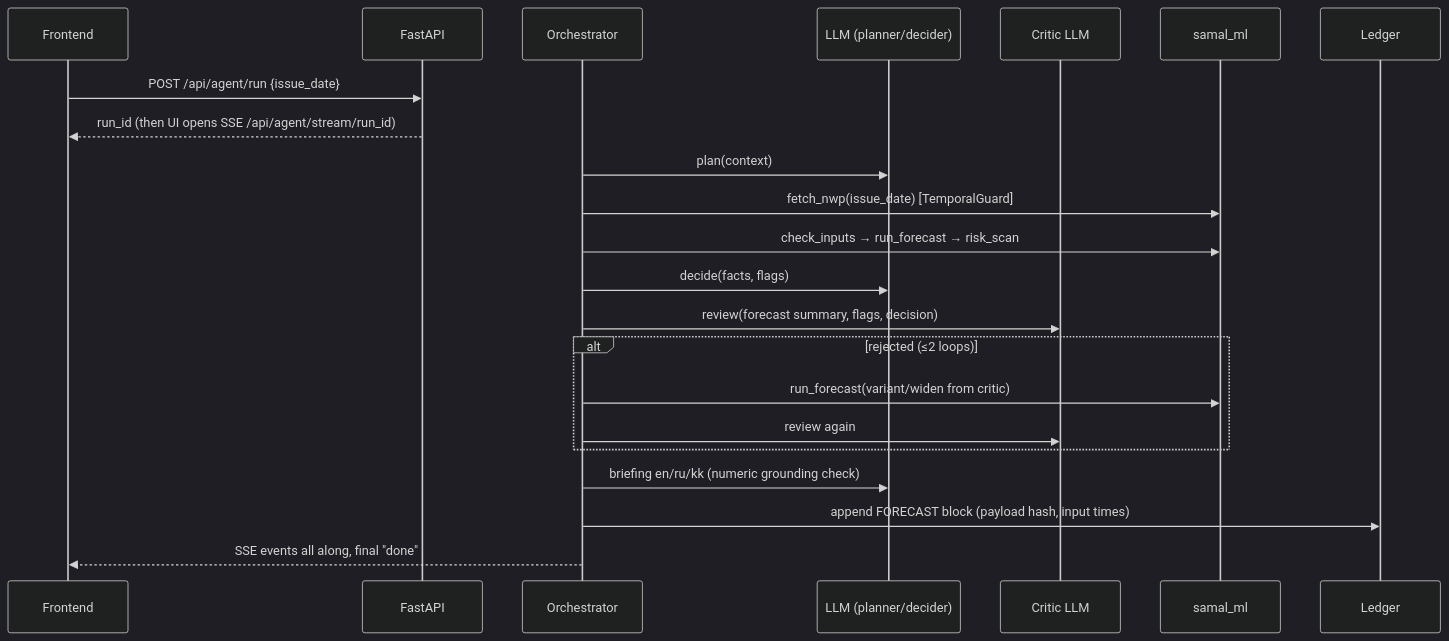
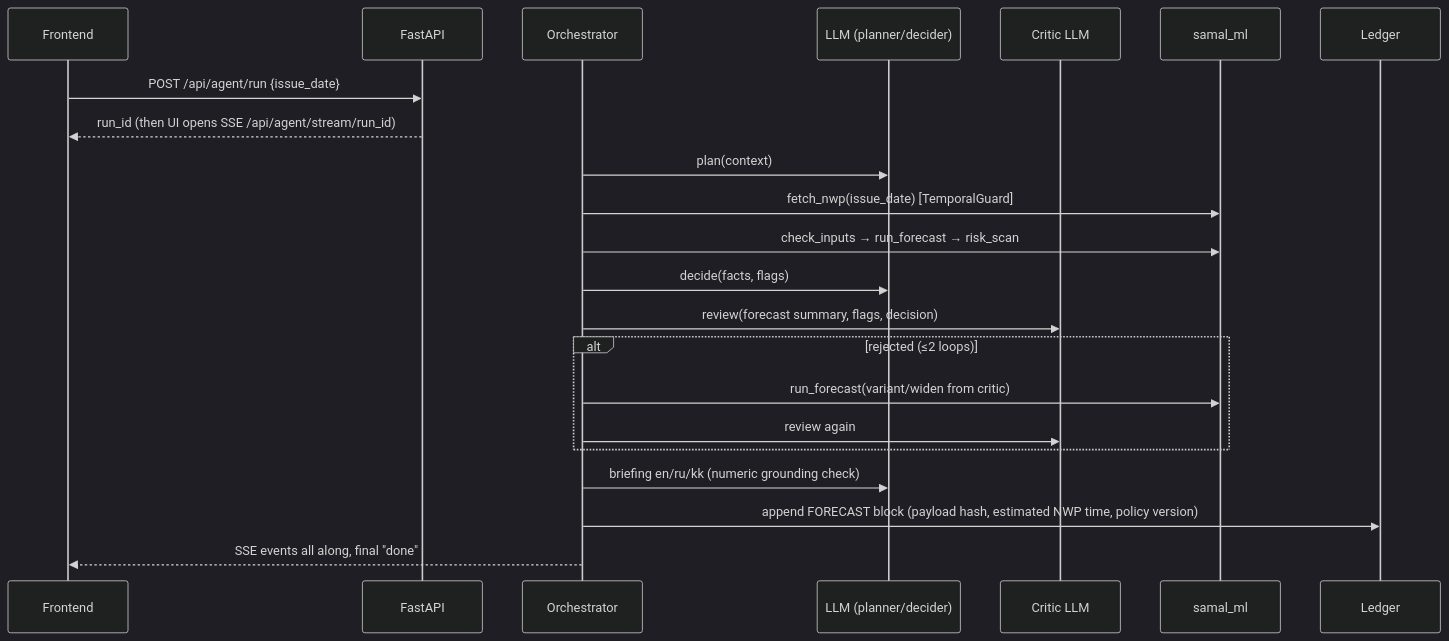
The diagram in docs/ARCHITECTURE.md (BAITC-Hacks/hack-3cc2878c-offscript), drawn with Mermaid (dark theme) before and after one commit. The commit also changed other lines of this file and 209 other files, not shown here.

````diff
--- a/docs/ARCHITECTURE.md
+++ b/docs/ARCHITECTURE.md
@@ -4,24 +4,24 @@
 ```mermaid
 sequenceDiagram
   participant UI as Frontend
   participant API as FastAPI
   participant O as Orchestrator
   participant L as LLM (planner/decider)
   participant C as Critic LLM
   participant ML as samal_ml
   participant LG as Ledger
   UI->>API: POST /api/agent/run {issue_date}
   API-->>UI: run_id  (then UI opens SSE /api/agent/stream/run_id)
   O->>L: plan(context)
   O->>ML: fetch_nwp(issue_date)  [TemporalGuard]
   O->>ML: check_inputs → run_forecast → risk_scan
   O->>L: decide(facts, flags)
   O->>C: review(forecast summary, flags, decision)
   alt rejected (≤2 loops)
     O->>ML: run_forecast(variant/widen from critic)
     O->>C: review again
   end
   O->>L: briefing en/ru/kk (numeric grounding check)
-  O->>LG: append FORECAST block (payload hash, input times)
+  O->>LG: append FORECAST block (payload hash, estimated NWP time, policy version)
   O-->>UI: SSE events all along, final "done"
 ```
````
